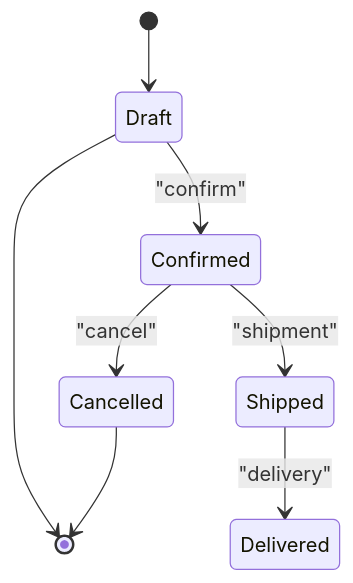
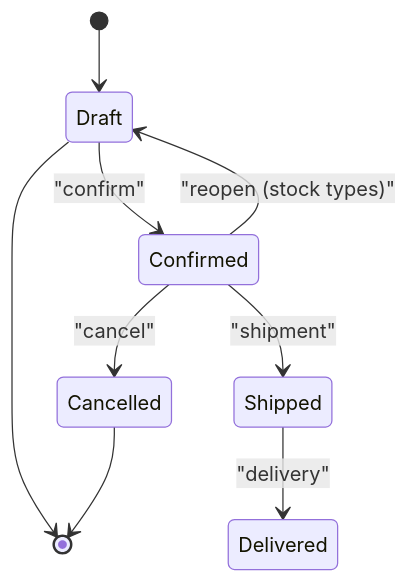
The third of 10 diagrams in .qoder/repowiki/en/content/Accounting Module/Document Management System.md (nzey11/erp-new), drawn with Mermaid before and after one commit. The commit also changed other lines of this file and 46 other files, not shown here.

````diff
--- a/.qoder/repowiki/en/content/Accounting Module/Document Management System.md
+++ b/.qoder/repowiki/en/content/Accounting Module/Document Management System.md
@@ -189,10 +248,11 @@
 ```mermaid
 stateDiagram-v2
 [*] --> Draft
 Draft --> Confirmed : "confirm"
 Confirmed --> Cancelled : "cancel"
+Confirmed --> Draft : "reopen (stock types)"
 Confirmed --> Shipped : "shipment"
 Shipped --> Delivered : "delivery"
 Draft --> [*]
 Cancelled --> [*]
 ```
````
